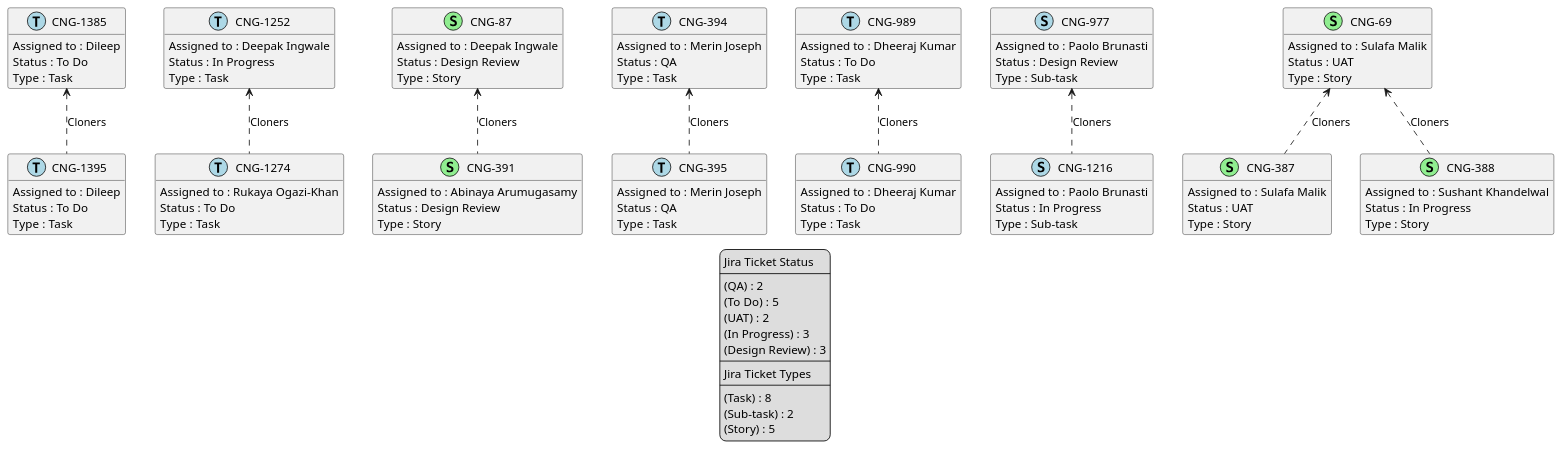
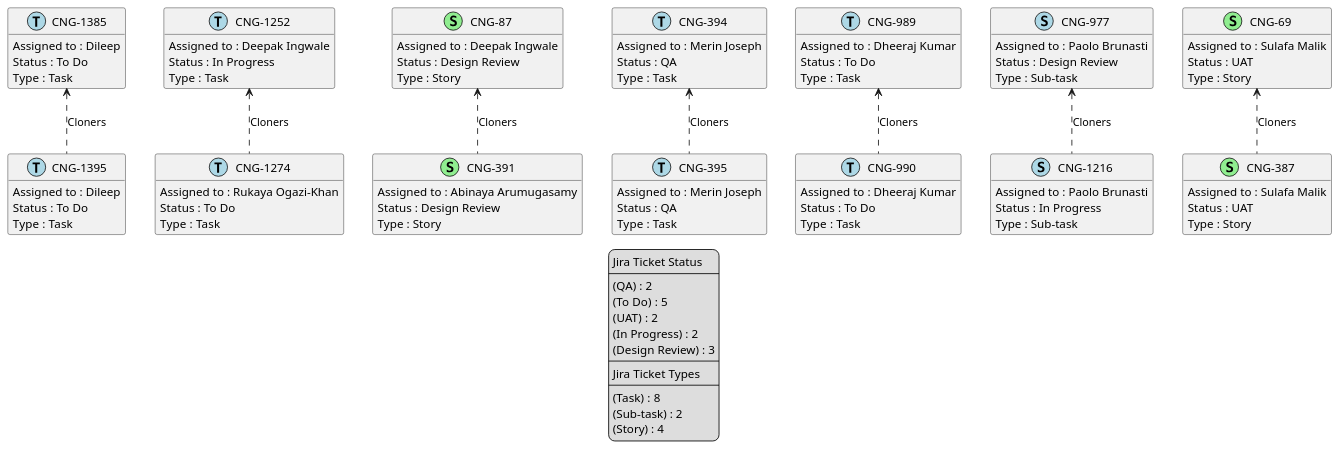
One commit to brunasti/jiraplotter changed the diagram in temp/jira-LinkType-Cloners.puml. Above: the diagram before and after it, drawn with PlantUML. The commit also changed 71 other files, not shown here.

Commit message:
Creates status diagrams

```diff
--- a/temp/jira-LinkType-Cloners.puml
+++ b/temp/jira-LinkType-Cloners.puml
@@ -1,130 +1,123 @@
 @startuml
 'https://plantuml.com/class-diagram
 
 ' GENERATE CLASS DIAGRAM ===========
-' Generated at    : Wed Apr 17 17:35:20 CEST 2024
+' Generated at    : Thu Apr 18 10:28:35 CEST 2024
 
 hide empty members
 
 legend
 Jira Ticket Status
 ----
 (QA) : 2
 (To Do) : 5
 (UAT) : 2
-(In Progress) : 3
+(In Progress) : 2
 (Design Review) : 3
 ----
 Jira Ticket Types
 ----
 (Task) : 8
 (Sub-task) : 2
-(Story) : 5
+(Story) : 4
 end legend
 
 
 ' Tickets =======
 class "CNG-1395" << (T,lightblue) >> {
   Assigned to : Dileep
   Status : To Do
   Type : Task
 }
 
 class "CNG-1252" << (T,lightblue) >> {
   Assigned to : Deepak Ingwale
   Status : In Progress
   Type : Task
 }
 
 class "CNG-1274" << (T,lightblue) >> {
   Assigned to : Rukaya Ogazi-Khan
   Status : To Do
   Type : Task
 }
 
 class "CNG-391" << (S,lightgreen) >> {
   Assigned to : Abinaya Arumugasamy
   Status : Design Review
   Type : Story
 }
 
 class "CNG-394" << (T,lightblue) >> {
   Assigned to : Merin Joseph
   Status : QA
   Type : Task
 }
 
 class "CNG-990" << (T,lightblue) >> {
   Assigned to : Dheeraj Kumar
   Status : To Do
   Type : Task
 }
 
 class "CNG-395" << (T,lightblue) >> {
   Assigned to : Merin Joseph
   Status : QA
   Type : Task
 }
 
 class "CNG-989" << (T,lightblue) >> {
   Assigned to : Dheeraj Kumar
   Status : To Do
   Type : Task
 }
 
 class "CNG-87" << (S,lightgreen) >> {
   Assigned to : Deepak Ingwale
   Status : Design Review
   Type : Story
 }
 
 class "CNG-977" << (S,lightblue) >> {
   Assigned to : Paolo Brunasti
   Status : Design Review
   Type : Sub-task
 }
 
 class "CNG-69" << (S,lightgreen) >> {
   Assigned to : Sulafa Malik
   Status : UAT
   Type : Story
 }
 
 class "CNG-387" << (S,lightgreen) >> {
   Assigned to : Sulafa Malik
   Status : UAT
   Type : Story
 }
 
 class "CNG-1216" << (S,lightblue) >> {
   Assigned to : Paolo Brunasti
   Status : In Progress
   Type : Sub-task
 }
 
-class "CNG-388" << (S,lightgreen) >> {
-  Assigned to : Sushant Khandelwal
-  Status : In Progress
-  Type : Story
-}
-
 class "CNG-1385" << (T,lightblue) >> {
   Assigned to : Dileep
   Status : To Do
   Type : Task
 }
 
 
 
 ' Links =======
 "CNG-977" <.. "CNG-1216" : Cloners
 "CNG-989" <.. "CNG-990" : Cloners
-"CNG-69" <.. "CNG-388" : Cloners
 "CNG-69" <.. "CNG-387" : Cloners
 "CNG-394" <.. "CNG-395" : Cloners
 "CNG-1385" <.. "CNG-1395" : Cloners
 "CNG-1252" <.. "CNG-1274" : Cloners
 "CNG-87" <.. "CNG-391" : Cloners
 
 
 @enduml
```
